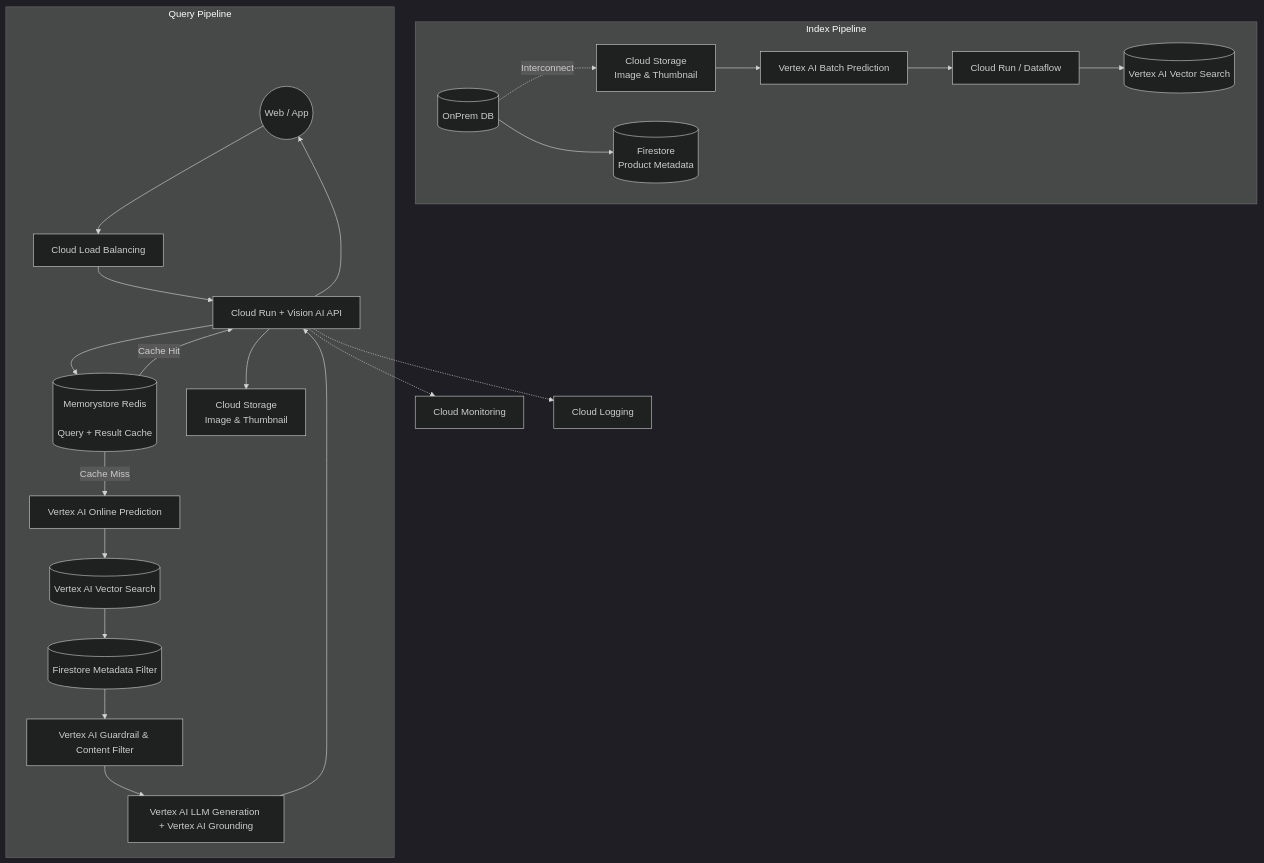
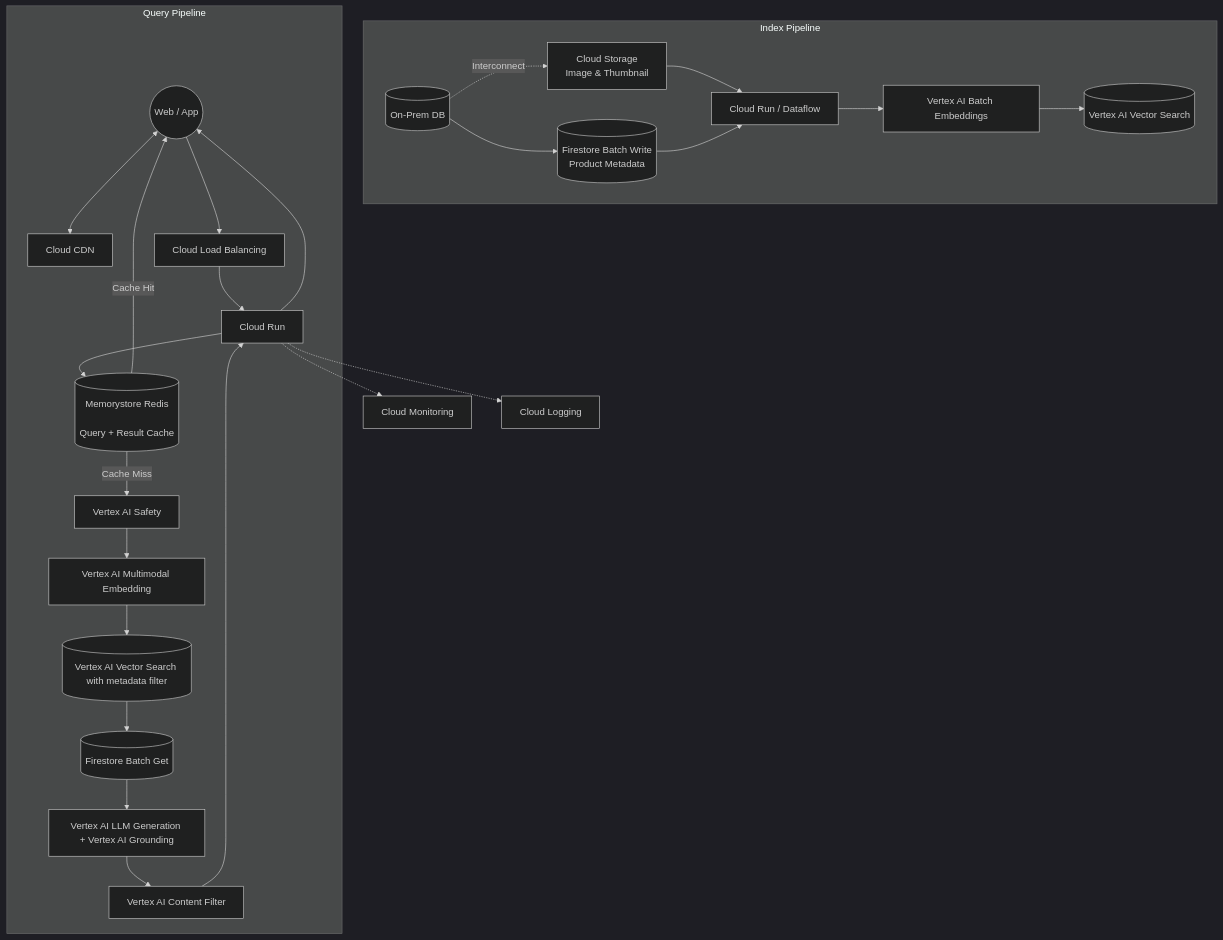
One commit to RUI-LONG/Awesome-FDE-Roadmap changed the first of 3 diagrams in rag-template.md. Above: the diagram before and after it, drawn with Mermaid (dark theme). The commit also changed other lines of this file, not shown here.

````diff
--- a/rag-template.md
+++ b/rag-template.md
@@ -13,59 +13,64 @@
 ```mermaid
 
 graph TB
 
 subgraph "Index Pipeline"
 
-    Src[(OnPrem DB)]
+    Src[(On-Prem DB)]
 
     Src -.->|Interconnect | GCS[Cloud Storage<br/>Image & Thumbnail]
 
-    GCS --> BatchEmbed[Vertex AI Batch Prediction]
+    GCS --> IngestJob[Cloud Run / Dataflow]
 
-    BatchEmbed --> IngestJob[Cloud Run / Dataflow]
-    IngestJob --> VecStore[(Vertex AI Vector Search)]
+    IngestJob --> BatchEmbed[Vertex AI Batch Embeddings]
+
+    BatchEmbed --> VecStore[(Vertex AI Vector Search)]
 
 
-    Src --> MetaStore[(Firestore <br/> Product Metadata)]
+    Src --> MetaStore[(Firestore Batch Write<br/> Product Metadata)]
+
+    MetaStore --> IngestJob
 
 end
 
 
 subgraph "Query Pipeline"
 
     User((Web / App))
+    
+    User <--> CDN[Cloud CDN]
 
     User --> GLB[Cloud Load Balancing]
 
-    GLB --> API[Cloud Run + Vision AI API]
-
+    GLB --> API[Cloud Run]
+    
     API --> Cache[(Memorystore Redis <br/>
     Query + Result Cache)]
 
-    Cache -->|Cache Hit| API
+    Cache -->|Cache Hit| User
 
-    Cache -->|Cache Miss| EmbedOnline[Vertex AI Online Prediction]
+    Cache -->|Cache Miss| Safety[Vertex AI Safety]
+    Safety -->Embeddings[Vertex AI Multimodal Embedding]
 
-    EmbedOnline --> ANN[(Vertex AI Vector Search)]
+    Embeddings --> ANN[(Vertex AI Vector Search with metadata filter)]
 
-    ANN --> Filter[(Firestore Metadata Filter)]
+    ANN --> Filter[(Firestore Batch Get)]
 
-    Filter --> Guardrail[Vertex AI Guardrail & Content Filter]
+    Filter --> LLM[Vertex AI LLM Generation + Vertex AI Grounding]
 
-    Guardrail --> Verify[Vertex AI LLM Generation + Vertex AI Grounding]
+    LLM --> Verify[Vertex AI Content Filter]
 
     Verify --> API
-
-    API --> Thumb[Cloud Storage <br/> Image & Thumbnail]
 
     API --> User
 
 end
+
 
 
 %% =========================
 %% ========== OBSERVABILITY ==========
 %% =========================
 API -.-> Mon[Cloud Monitoring]
 API -.-> Log[Cloud Logging]
 ```
````
